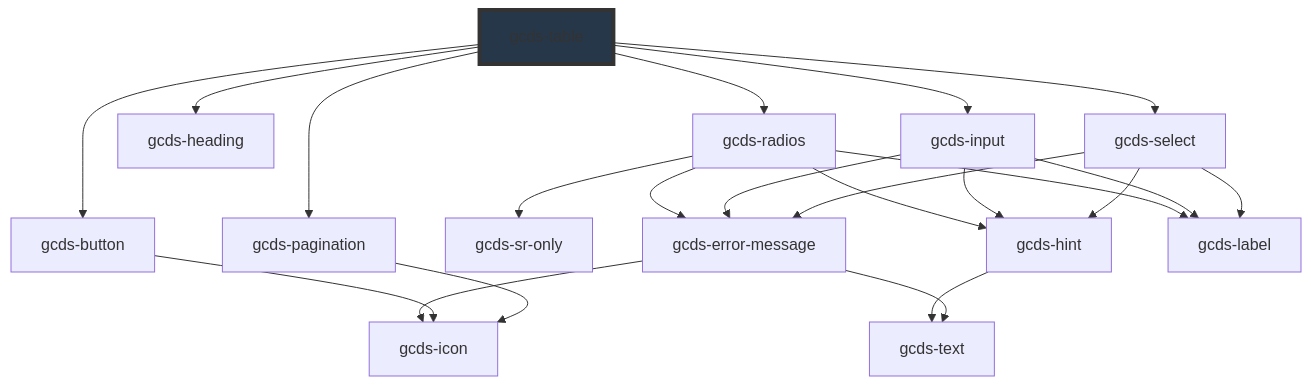
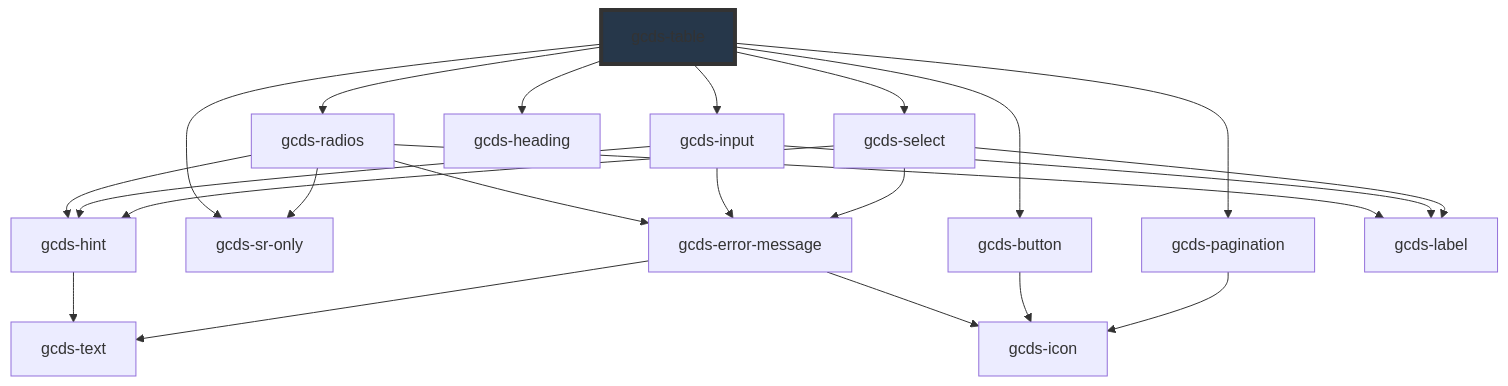
One commit to cds-snc/gcds-components changed the diagram in packages/web/src/components/gcds-table/readme.md. Above: the diagram before and after it, drawn with Mermaid. The commit also changed other lines of this file and 7 other files, not shown here.

````diff
--- a/packages/web/src/components/gcds-table/readme.md
+++ b/packages/web/src/components/gcds-table/readme.md
@@ -36,25 +37,26 @@
 ```mermaid
 graph TD;
   gcds-table --> gcds-radios
+  gcds-table --> gcds-input
   gcds-table --> gcds-button
+  gcds-table --> gcds-sr-only
   gcds-table --> gcds-heading
-  gcds-table --> gcds-input
   gcds-table --> gcds-select
   gcds-table --> gcds-pagination
   gcds-radios --> gcds-sr-only
   gcds-radios --> gcds-hint
   gcds-radios --> gcds-error-message
   gcds-radios --> gcds-label
   gcds-hint --> gcds-text
   gcds-error-message --> gcds-text
   gcds-error-message --> gcds-icon
-  gcds-button --> gcds-icon
   gcds-input --> gcds-label
   gcds-input --> gcds-hint
   gcds-input --> gcds-error-message
+  gcds-button --> gcds-icon
   gcds-select --> gcds-label
   gcds-select --> gcds-hint
   gcds-select --> gcds-error-message
   gcds-pagination --> gcds-icon
   style gcds-table fill:#26374a,stroke:#333,stroke-width:4px
 ```
````
